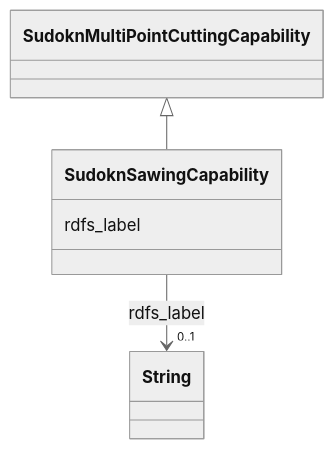
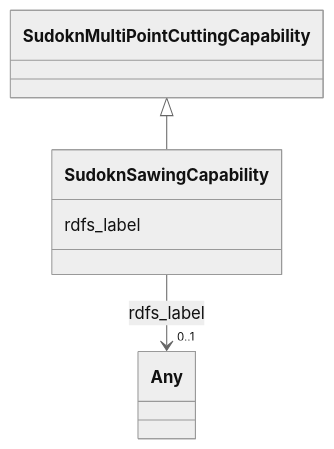
One commit to frink-okn/graph-descriptions changed the diagram in sudokn-kg/classes/SudoknSawingCapability.md. Above: the diagram before and after it, drawn with Mermaid (neutral theme). The commit also changed other lines of this file and 903 other files, not shown here.

````diff
--- a/sudokn-kg/classes/SudoknSawingCapability.md
+++ b/sudokn-kg/classes/SudoknSawingCapability.md
@@ -23,18 +16,18 @@
 ```mermaid
  classDiagram
     class SudoknSawingCapability
     click SudoknSawingCapability href "../SudoknSawingCapability"
       SudoknMultiPointCuttingCapability <|-- SudoknSawingCapability
         click SudoknMultiPointCuttingCapability href "../SudoknMultiPointCuttingCapability"
       
       SudoknSawingCapability : rdfs_label
         
           
     
     
-    SudoknSawingCapability --> "0..1" String : rdfs_label
-    click String href "../String"
+    SudoknSawingCapability --> "0..1" Any : rdfs_label
+    click Any href "../Any"
 
         
       
 ```
````
